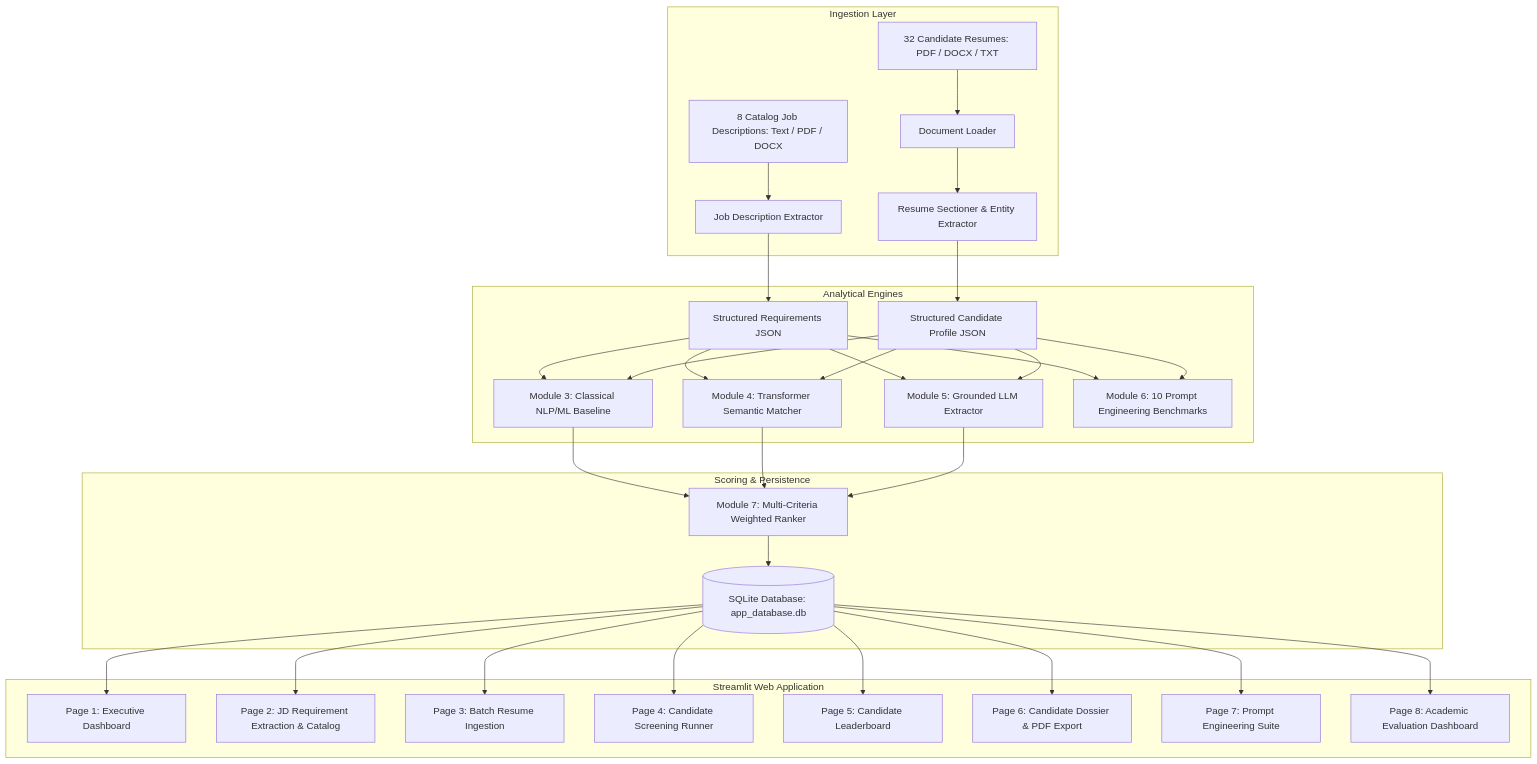
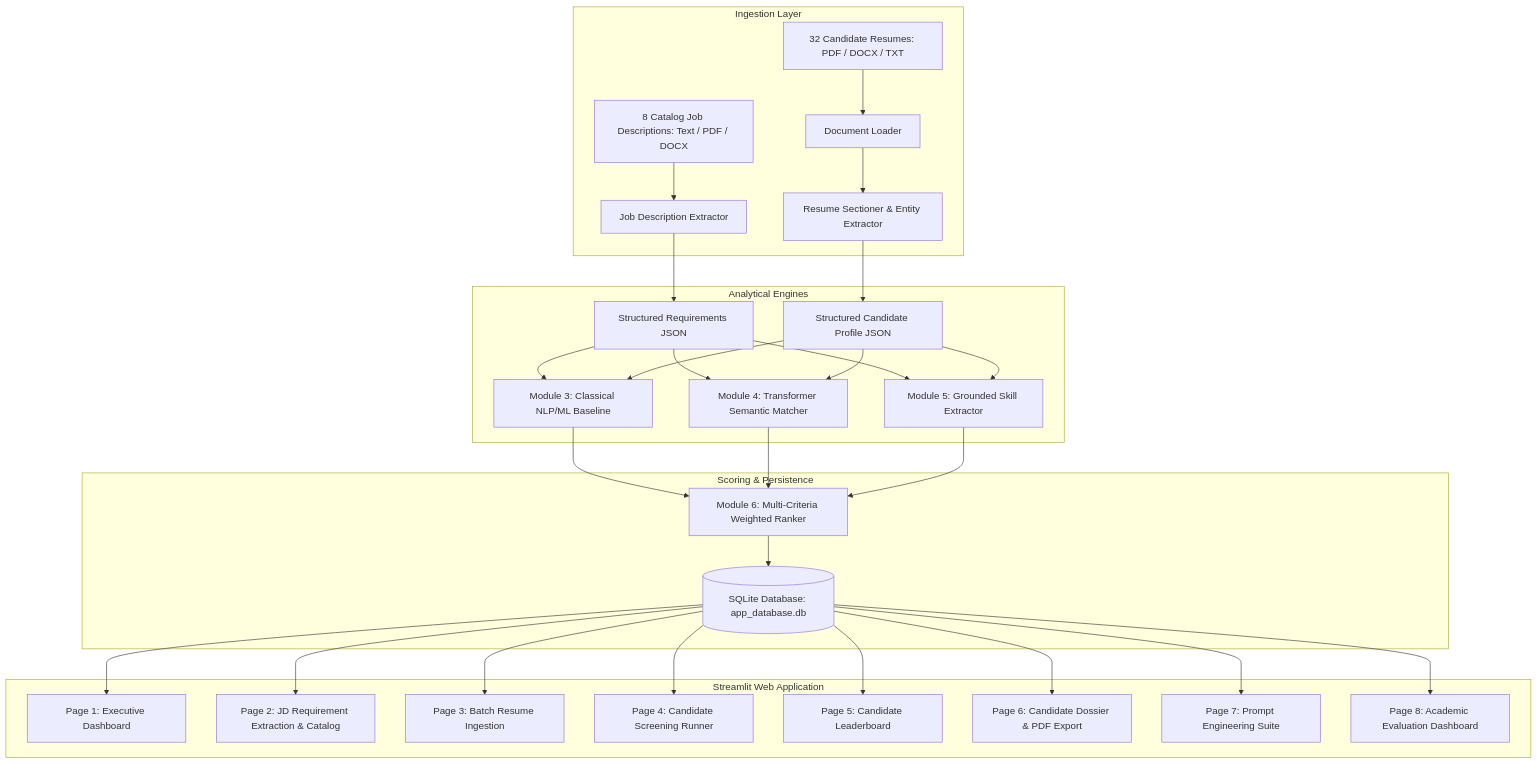
One commit to anantha-bit/AI-Based-Resume-Screening-and-Candidate-Ranking changed the diagram in README.md. Above: the diagram before and after it, drawn with Mermaid. The commit also changed other lines of this file, not shown here.

Commit message:
Docs: Remove 10 Prompt Engineering Strategies table and section from README

````diff
--- a/README.md
+++ b/README.md
@@ -66,34 +65,33 @@
 ```mermaid
 graph TD
     subgraph Ingestion Layer
         JD_In[8 Catalog Job Descriptions: Text / PDF / DOCX] --> JDExtract[Job Description Extractor]
         Resume_In[32 Candidate Resumes: PDF / DOCX / TXT] --> DocLoader[Document Loader]
         DocLoader --> ResExtract[Resume Sectioner & Entity Extractor]
     end
 
     subgraph Analytical Engines
         JDExtract --> JD_JSON[Structured Requirements JSON]
         ResExtract --> Res_JSON[Structured Candidate Profile JSON]
         
         JD_JSON & Res_JSON --> Baseline[Module 3: Classical NLP/ML Baseline]
         JD_JSON & Res_JSON --> Semantic[Module 4: Transformer Semantic Matcher]
-        JD_JSON & Res_JSON --> LLM_Engine[Module 5: Grounded LLM Extractor]
-        JD_JSON & Res_JSON --> Prompt_Exp[Module 6: 10 Prompt Engineering Benchmarks]
+        JD_JSON & Res_JSON --> LLM_Engine[Module 5: Grounded Skill Extractor]
     end
 
     subgraph Scoring & Persistence
-        Baseline & Semantic & LLM_Engine --> Ranker[Module 7: Multi-Criteria Weighted Ranker]
+        Baseline & Semantic & LLM_Engine --> Ranker[Module 6: Multi-Criteria Weighted Ranker]
         Ranker --> DB[(SQLite Database: app_database.db)]
     end
 
     subgraph Streamlit Web Application
         DB --> UI_Dash[Page 1: Executive Dashboard]
         DB --> UI_JD[Page 2: JD Requirement Extraction & Catalog]
         DB --> UI_Upload[Page 3: Batch Resume Ingestion]
         DB --> UI_Screen[Page 4: Candidate Screening Runner]
         DB --> UI_Rank[Page 5: Candidate Leaderboard]
         DB --> UI_Dossier[Page 6: Candidate Dossier & PDF Export]
         DB --> UI_Prompt[Page 7: Prompt Engineering Suite]
         DB --> UI_Eval[Page 8: Academic Evaluation Dashboard]
     end
 ```
````
